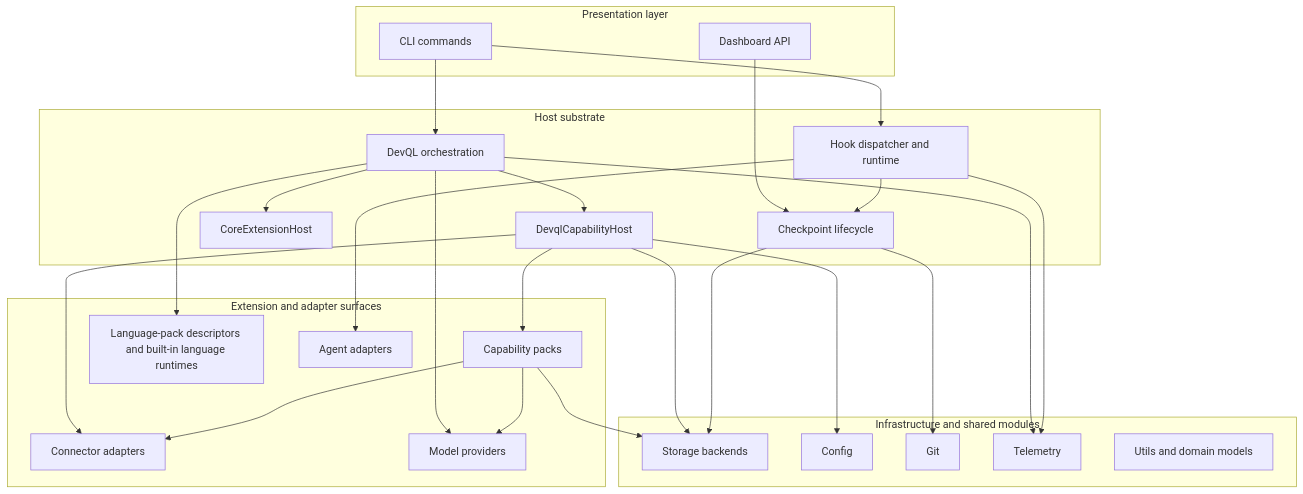
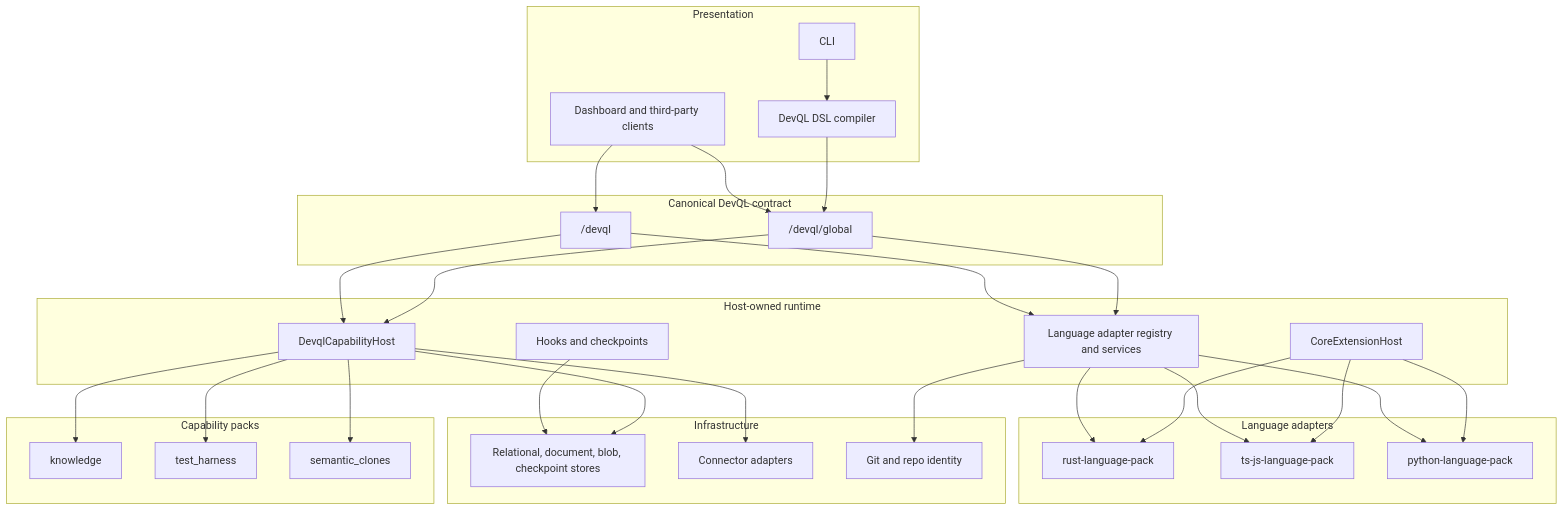
The first of 3 diagrams in docs/layered-extension-architecture.md (bitloops/bitloops), drawn with Mermaid before and after one commit. The commit also changed other lines of this file and 55 other files, not shown here.

First line of the commit message:
Enhance test harness capabilities and update GraphQL schema

````diff
--- a/docs/layered-extension-architecture.md
+++ b/docs/layered-extension-architecture.md
@@ -14,58 +15,64 @@
 ```mermaid
 flowchart TD
-    subgraph Presentation["Presentation layer"]
-        CLI["CLI commands"]
-        API["Dashboard API"]
+    subgraph Presentation["Presentation"]
+        CLI["CLI"]
+        DASH["Dashboard and third-party clients"]
+        DSL["DevQL DSL compiler"]
     end
 
-    subgraph Host["Host substrate"]
-        DEVQL["DevQL orchestration"]
+    subgraph GraphQL["Canonical DevQL contract"]
+        GLOBAL["/devql/global"]
+        SLIM["/devql"]
+    end
+
+    subgraph Host["Host-owned runtime"]
         CAPHOST["DevqlCapabilityHost"]
         EXTHOST["CoreExtensionHost"]
-        HOOKS["Hook dispatcher and runtime"]
-        CHECKPOINTS["Checkpoint lifecycle"]
+        LANGSVC["Language adapter registry and services"]
+        HOOKS["Hooks and checkpoints"]
     end
 
-    subgraph Extensions["Extension and adapter surfaces"]
-        PACKS["Capability packs"]
-        LANG["Language-pack descriptors and built-in language runtimes"]
-        AGENTS["Agent adapters"]
-        CONNECTORS["Connector adapters"]
-        PROVIDERS["Model providers"]
+    subgraph Packs["Capability packs"]
+        KNOW["knowledge"]
+        TESTS["test_harness"]
+        CLONES["semantic_clones"]
     end
 
-    subgraph Shared["Infrastructure and shared modules"]
-        STORAGE["Storage backends"]
-        CONFIG["Config"]
-        GIT["Git"]
-        TELEMETRY["Telemetry"]
-        UTILS["Utils and domain models"]
+    subgraph Lang["Language adapters"]
+        RUST["rust-language-pack"]
+        TSJS["ts-js-language-pack"]
+        PY["python-language-pack"]
     end
 
-    CLI --> DEVQL
-    CLI --> HOOKS
-    API --> CHECKPOINTS
+    subgraph Infra["Infrastructure"]
+        STORES["Relational, document, blob, checkpoint stores"]
+        CONN["Connector adapters"]
+        GIT["Git and repo identity"]
+    end
 
-    DEVQL --> CAPHOST
-    DEVQL --> EXTHOST
-    DEVQL --> LANG
-    DEVQL --> PROVIDERS
+    CLI --> DSL
+    DSL --> GLOBAL
+    DASH --> GLOBAL
+    DASH --> SLIM
 
-    HOOKS --> AGENTS
-    HOOKS --> CHECKPOINTS
+    GLOBAL --> CAPHOST
+    SLIM --> CAPHOST
+    GLOBAL --> LANGSVC
+    SLIM --> LANGSVC
 
-    CAPHOST --> PACKS
-    CAPHOST --> CONNECTORS
-    CAPHOST --> STORAGE
-    CAPHOST --> CONFIG
+    CAPHOST --> KNOW
+    CAPHOST --> TESTS
+    CAPHOST --> CLONES
 
-    PACKS --> STORAGE
-    PACKS --> CONNECTORS
-    PACKS --> PROVIDERS
+    EXTHOST --> RUST
+    EXTHOST --> TSJS
+    EXTHOST --> PY
+    LANGSVC --> RUST
+    LANGSVC --> TSJS
+    LANGSVC --> PY
 
-    CHECKPOINTS --> STORAGE
-    CHECKPOINTS --> GIT
-
-    DEVQL --> TELEMETRY
-    HOOKS --> TELEMETRY
+    CAPHOST --> STORES
+    CAPHOST --> CONN
+    LANGSVC --> GIT
+    HOOKS --> STORES
 ```
````
